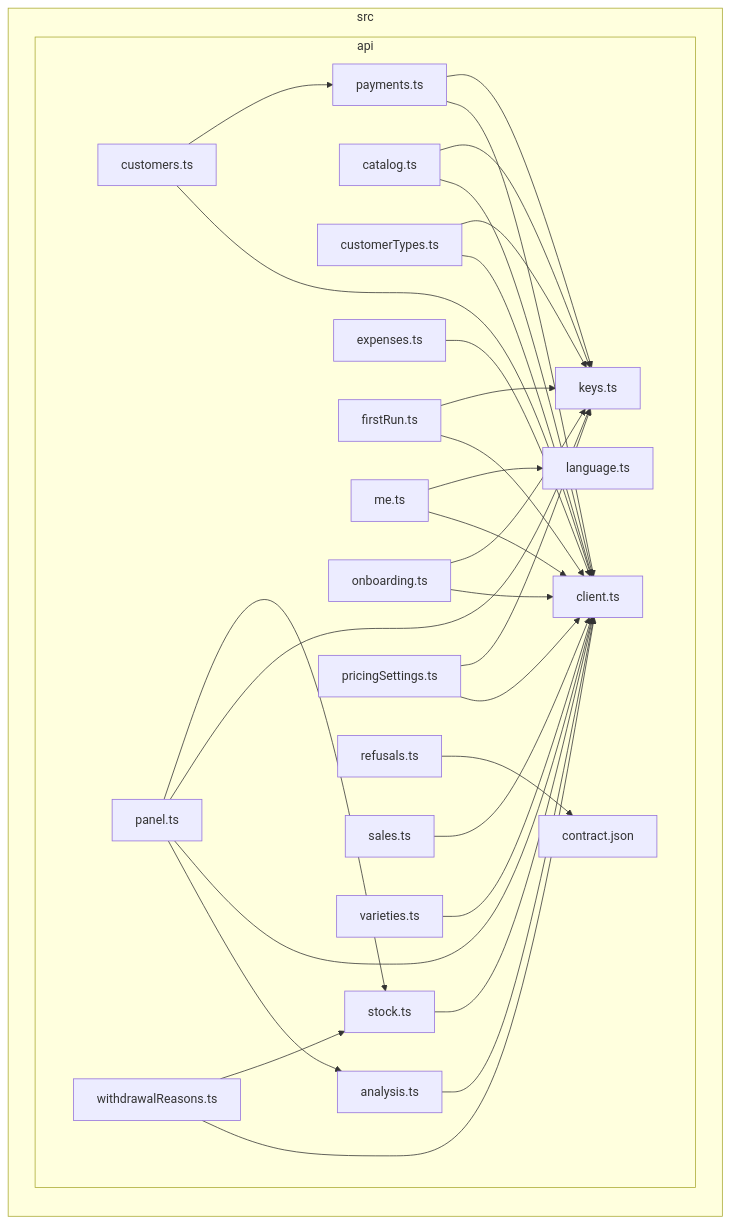
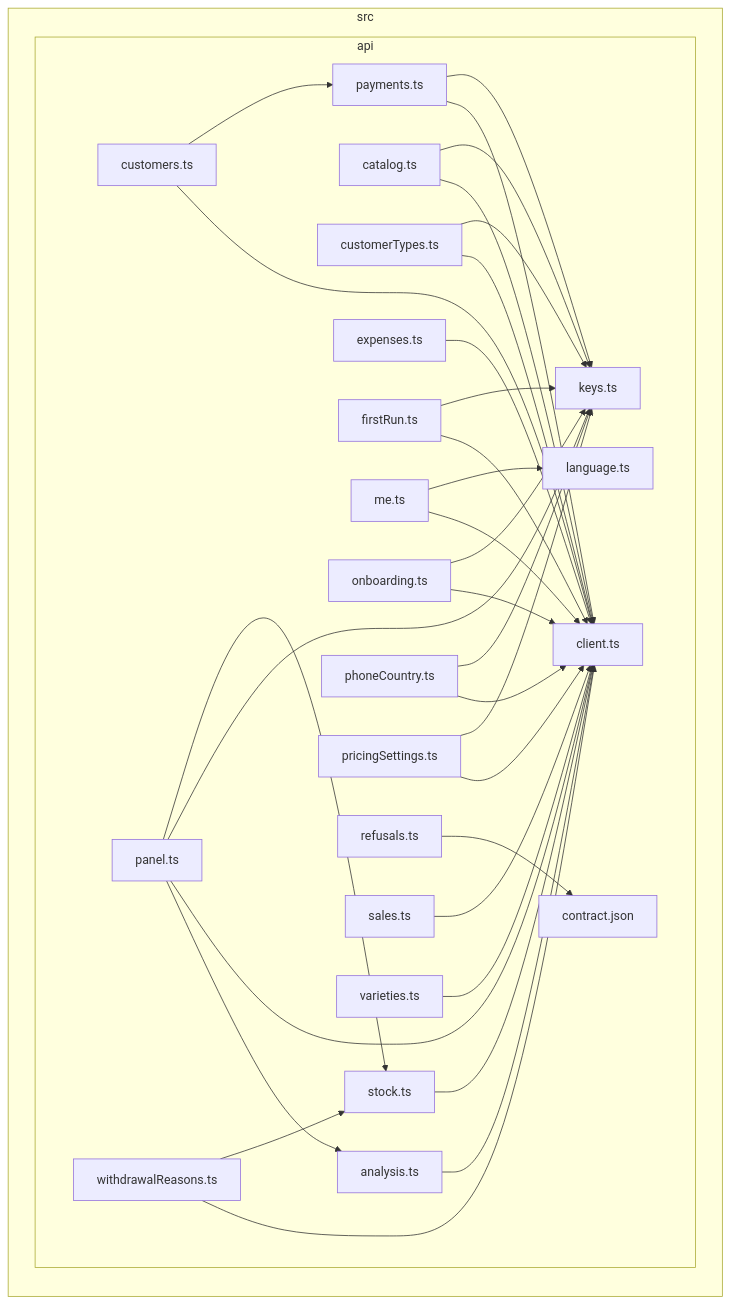
The diagram in docs/architecture/generated/front-modules/api.md (GonzaloZevallos/apostrophe), drawn with Mermaid before and after one commit.

Commit message:
Regenerate the front modules doc for the Phone country api module

````diff
--- a/docs/architecture/generated/front-modules/api.md
+++ b/docs/architecture/generated/front-modules/api.md
@@ -7,55 +7,58 @@
 ```mermaid
 flowchart LR
 subgraph src["src"]
   subgraph src_api["api"]
     src_api_analysis_ts["analysis.ts"]
     src_api_catalog_ts["catalog.ts"]
     src_api_client_ts["client.ts"]
     src_api_contract_json["contract.json"]
     src_api_customerTypes_ts["customerTypes.ts"]
     src_api_customers_ts["customers.ts"]
     src_api_expenses_ts["expenses.ts"]
     src_api_firstRun_ts["firstRun.ts"]
     src_api_keys_ts["keys.ts"]
     src_api_language_ts["language.ts"]
     src_api_me_ts["me.ts"]
     src_api_onboarding_ts["onboarding.ts"]
     src_api_panel_ts["panel.ts"]
     src_api_payments_ts["payments.ts"]
+    src_api_phoneCountry_ts["phoneCountry.ts"]
     src_api_pricingSettings_ts["pricingSettings.ts"]
     src_api_refusals_ts["refusals.ts"]
     src_api_sales_ts["sales.ts"]
     src_api_stock_ts["stock.ts"]
     src_api_varieties_ts["varieties.ts"]
     src_api_withdrawalReasons_ts["withdrawalReasons.ts"]
   end
 end
 src_api_analysis_ts-->src_api_client_ts
 src_api_catalog_ts-->src_api_client_ts
 src_api_catalog_ts-->src_api_keys_ts
 src_api_customerTypes_ts-->src_api_client_ts
 src_api_customerTypes_ts-->src_api_keys_ts
 src_api_customers_ts-->src_api_client_ts
 src_api_customers_ts-->src_api_payments_ts
 src_api_expenses_ts-->src_api_client_ts
 src_api_firstRun_ts-->src_api_client_ts
 src_api_firstRun_ts-->src_api_keys_ts
 src_api_me_ts-->src_api_client_ts
 src_api_me_ts-->src_api_language_ts
 src_api_onboarding_ts-->src_api_client_ts
 src_api_onboarding_ts-->src_api_keys_ts
 src_api_panel_ts-->src_api_analysis_ts
 src_api_panel_ts-->src_api_client_ts
 src_api_panel_ts-->src_api_keys_ts
 src_api_panel_ts-->src_api_stock_ts
 src_api_payments_ts-->src_api_client_ts
 src_api_payments_ts-->src_api_keys_ts
+src_api_phoneCountry_ts-->src_api_client_ts
+src_api_phoneCountry_ts-->src_api_keys_ts
 src_api_pricingSettings_ts-->src_api_client_ts
 src_api_pricingSettings_ts-->src_api_keys_ts
 src_api_refusals_ts-->src_api_contract_json
 src_api_sales_ts-->src_api_client_ts
 src_api_stock_ts-->src_api_client_ts
 src_api_varieties_ts-->src_api_client_ts
 src_api_withdrawalReasons_ts-->src_api_client_ts
 src_api_withdrawalReasons_ts-->src_api_stock_ts
 ```
````
